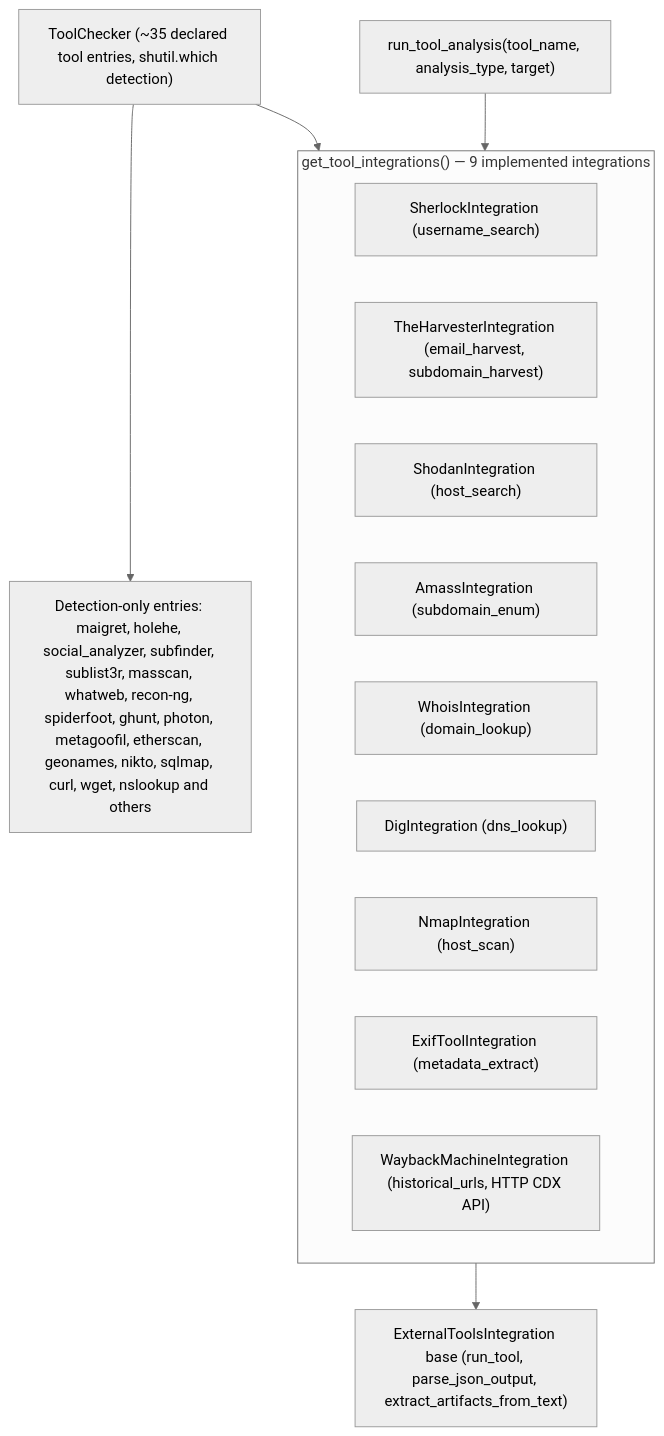
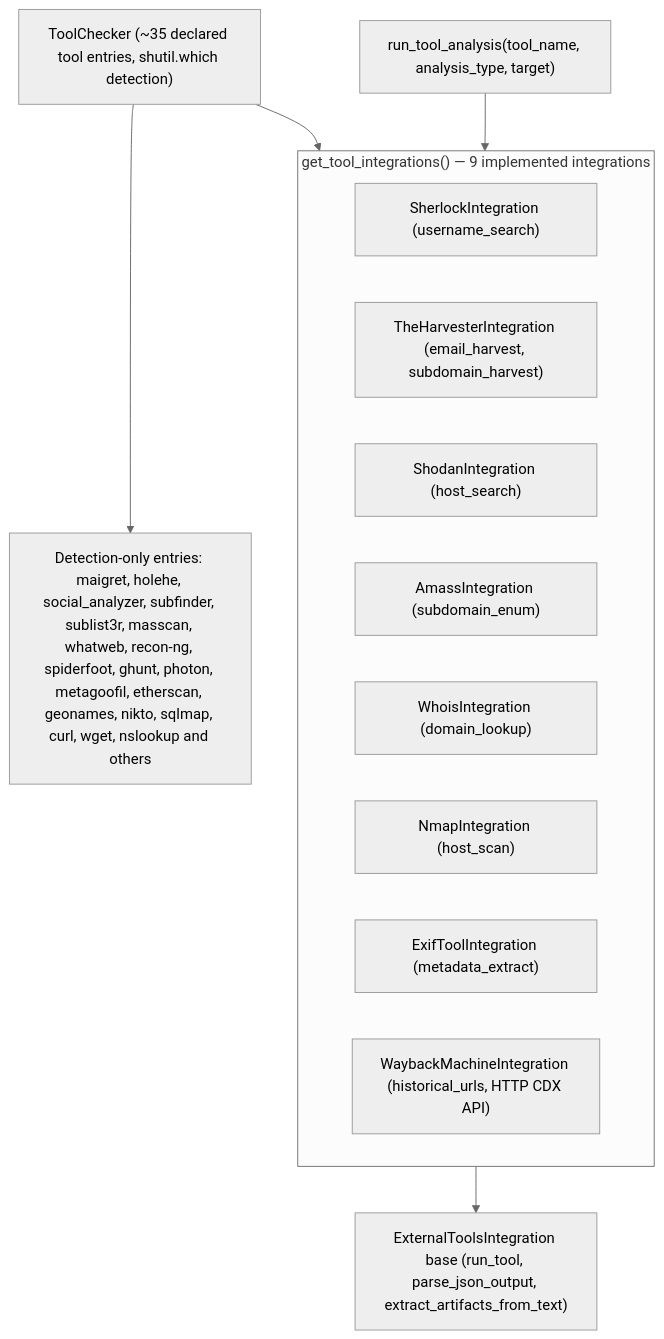
Before and after one commit to dhayarajas/gih: the seventh of 13 diagrams in docs/ARCHITECTURE.md, drawn with Mermaid (neutral theme). The commit also changed other lines of this file and 15 other files, not shown here.

````diff
--- a/docs/ARCHITECTURE.md
+++ b/docs/ARCHITECTURE.md
@@ -344,25 +343,24 @@
 ```mermaid
 graph TD
     CHK["ToolChecker (~35 declared tool entries, shutil.which detection)"]
     INT["ExternalToolsIntegration base (run_tool, parse_json_output, extract_artifacts_from_text)"]
     RUN["run_tool_analysis(tool_name, analysis_type, target)"]
 
     subgraph Implemented["get_tool_integrations() — 9 implemented integrations"]
         S["SherlockIntegration (username_search)"]
         T["TheHarvesterIntegration (email_harvest, subdomain_harvest)"]
         SH["ShodanIntegration (host_search)"]
         A["AmassIntegration (subdomain_enum)"]
         W["WhoisIntegration (domain_lookup)"]
-        D["DigIntegration (dns_lookup)"]
         N["NmapIntegration (host_scan)"]
         E["ExifToolIntegration (metadata_extract)"]
         WB["WaybackMachineIntegration (historical_urls, HTTP CDX API)"]
     end
 
     DETECTONLY["Detection-only entries: maigret, holehe, social_analyzer, subfinder, sublist3r, masscan, whatweb, recon-ng, spiderfoot, ghunt, photon, metagoofil, etherscan, geonames, nikto, sqlmap, curl, wget, nslookup and others"]
 
     CHK --> DETECTONLY
     CHK --> Implemented
     RUN --> Implemented
     Implemented --> INT
 ```
````
